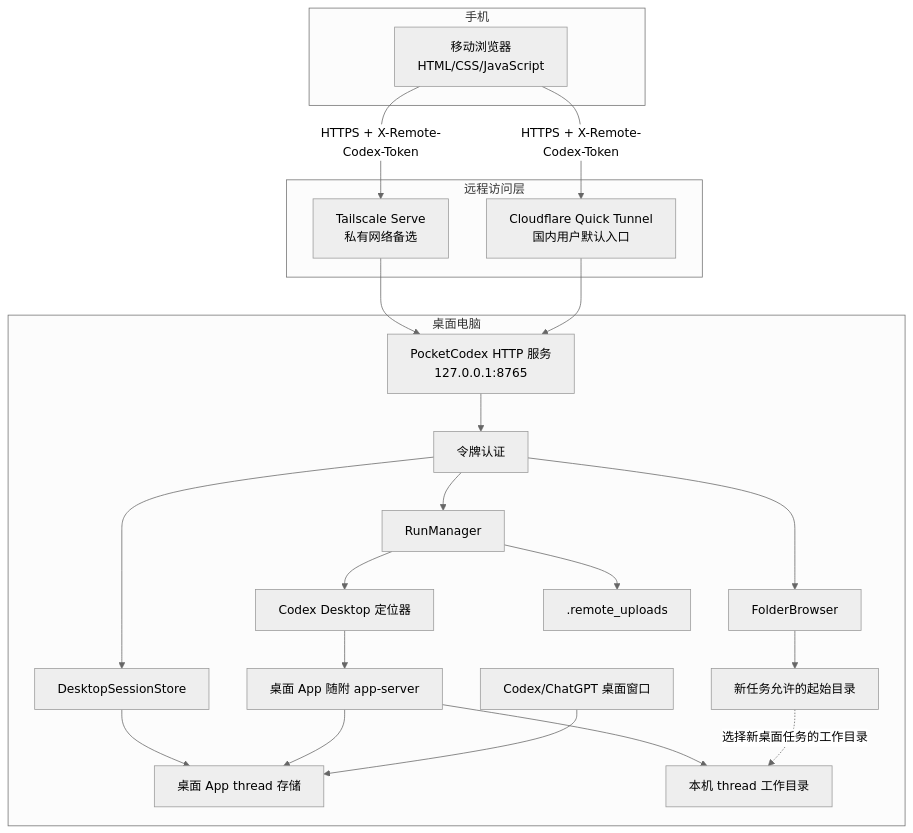
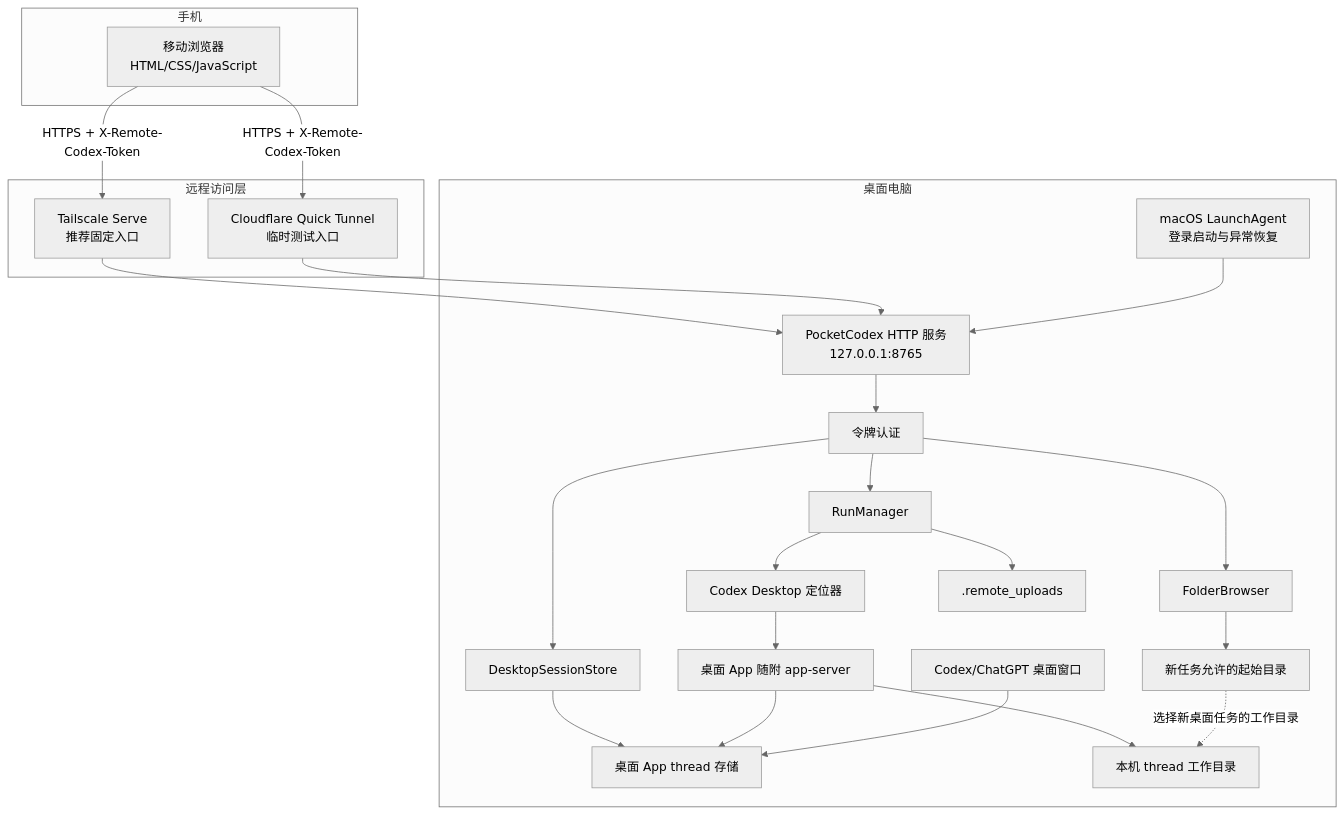
Before and after one commit to wanlixing-dream/Pocket-Codex: the first of 4 diagrams in docs/ARCHITECTURE.md, drawn with Mermaid (neutral theme). The commit also changed other lines of this file and 2 other files, not shown here.

Commit message:
Document stable Tailscale Serve access

````diff
--- a/docs/ARCHITECTURE.md
+++ b/docs/ARCHITECTURE.md
@@ -11,44 +11,46 @@
 ```mermaid
 flowchart TB
     subgraph Mobile[手机]
         Browser[移动浏览器<br/>HTML/CSS/JavaScript]
     end
 
     subgraph Network[远程访问层]
-        Cloudflare[Cloudflare Quick Tunnel<br/>国内用户默认入口]
-        Tailscale[Tailscale Serve<br/>私有网络备选]
+        Tailscale[Tailscale Serve<br/>推荐固定入口]
+        Cloudflare[Cloudflare Quick Tunnel<br/>临时测试入口]
     end
 
     subgraph Desktop[桌面电脑]
         HTTP[PocketCodex HTTP 服务<br/>127.0.0.1:8765]
+        LaunchAgent[macOS LaunchAgent<br/>登录启动与异常恢复]
         Auth[令牌认证]
         SessionStore[DesktopSessionStore]
         FolderBrowser[FolderBrowser]
         RunManager[RunManager]
         SessionFiles[桌面 App thread 存储]
         Roots[新任务允许的起始目录]
         Workspaces[本机 thread 工作目录]
         Locator[Codex Desktop 定位器]
         AppServer[桌面 App 随附 app-server]
         DesktopApp[Codex/ChatGPT 桌面窗口]
         Uploads[.remote_uploads]
     end
 
     Browser -->|HTTPS + X-Remote-Codex-Token| Tailscale
     Browser -->|HTTPS + X-Remote-Codex-Token| Cloudflare
     Tailscale --> HTTP
     Cloudflare --> HTTP
+    LaunchAgent --> HTTP
     HTTP --> Auth
     Auth --> SessionStore
     Auth --> FolderBrowser
     Auth --> RunManager
     SessionStore --> SessionFiles
     FolderBrowser --> Roots
     RunManager --> Locator
     Locator --> AppServer
     AppServer --> SessionFiles
     DesktopApp --> SessionFiles
     RunManager --> Uploads
     AppServer --> Workspaces
     Roots -.选择新桌面任务的工作目录.-> Workspaces
 ```
````
